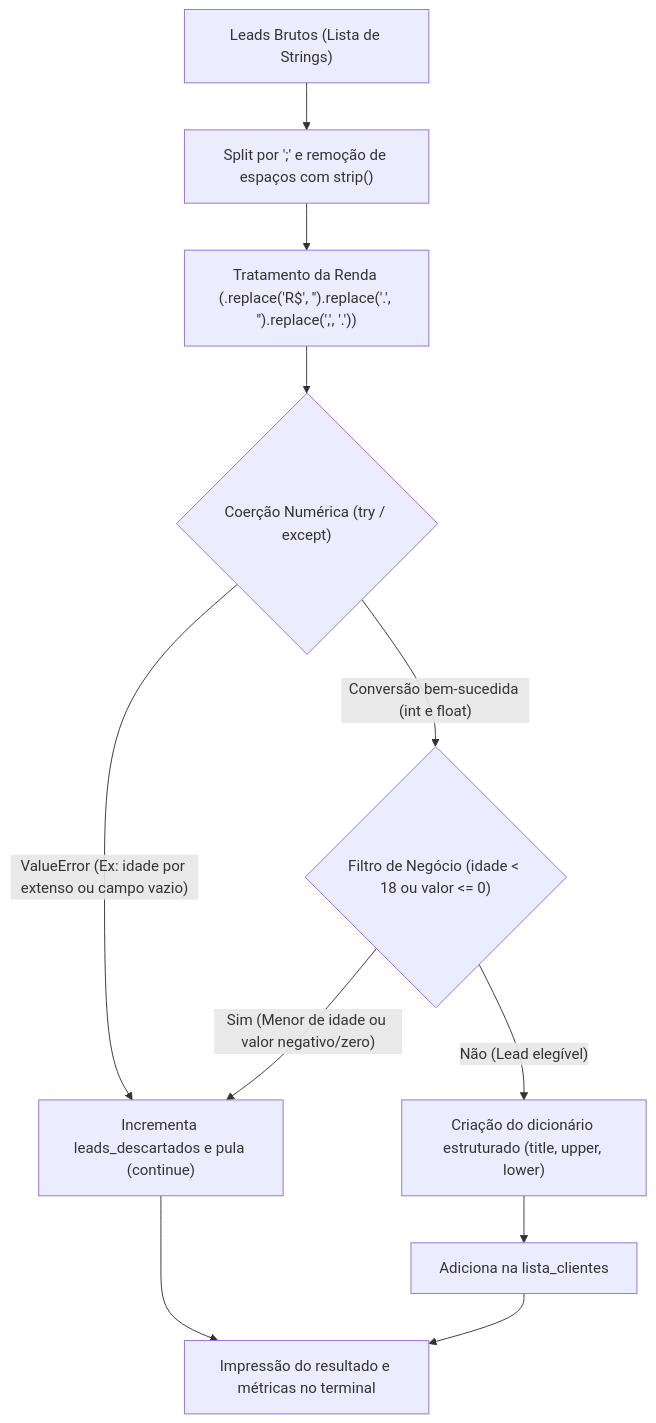
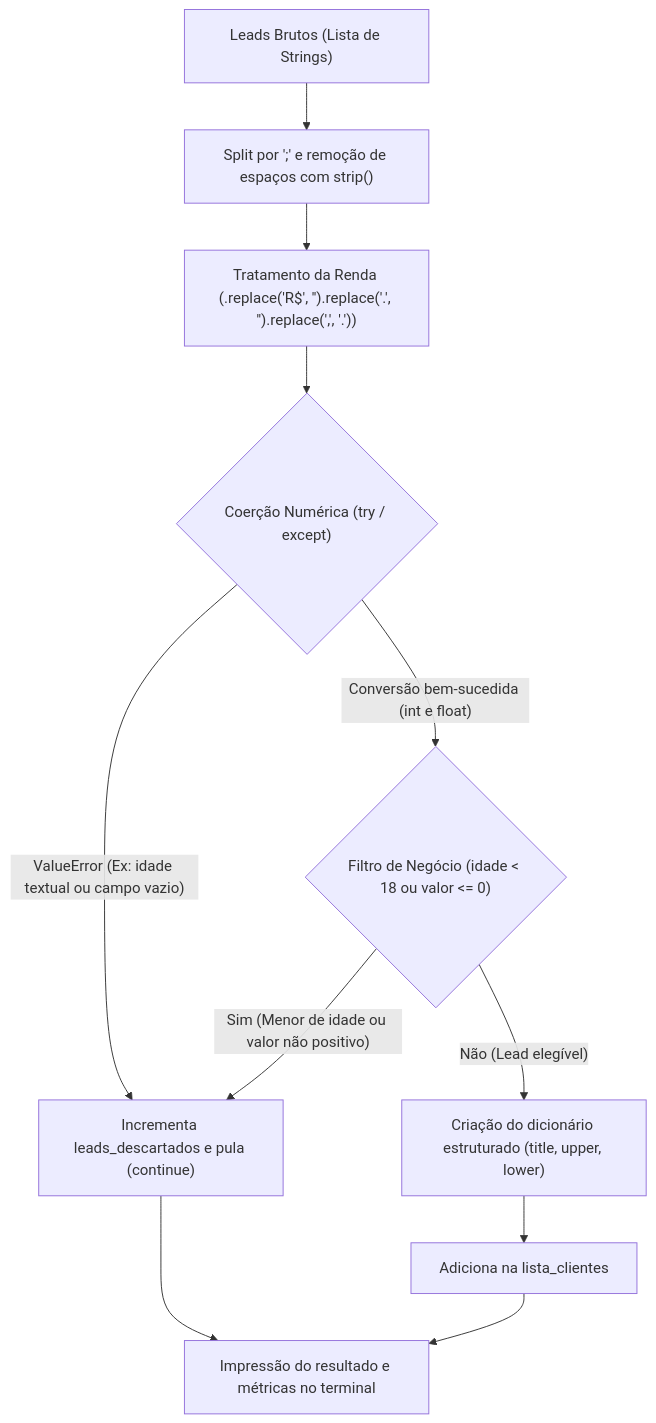
Before and after one commit to ryanaurelio2005/python-pure-data-challenges: the first of 4 diagrams in README.md, drawn with Mermaid. The commit also changed other lines of this file and 1 other file, not shown here.

````diff
--- a/README.md
+++ b/README.md
@@ -27,13 +28,13 @@
 ```mermaid
 flowchart TD
     A["Leads Brutos (Lista de Strings)"] --> B["Split por ';' e remoção de espaços com strip()"]
     B --> C["Tratamento da Renda (.replace('R$', '').replace('.', '').replace(',', '.'))"]
     C --> D{"Coerção Numérica (try / except)"}
-    D -- "ValueError (Ex: idade por extenso ou campo vazio)" --> E["Incrementa leads_descartados e pula (continue)"]
+    D -- "ValueError (Ex: idade textual ou campo vazio)" --> E["Incrementa leads_descartados e pula (continue)"]
     D -- "Conversão bem-sucedida (int e float)" --> F{"Filtro de Negócio (idade < 18 ou valor <= 0)"}
-    F -- "Sim (Menor de idade ou valor negativo/zero)" --> E
+    F -- "Sim (Menor de idade ou valor não positivo)" --> E
     F -- "Não (Lead elegível)" --> G["Criação do dicionário estruturado (title, upper, lower)"]
     G --> H["Adiciona na lista_clientes"]
     E --> I["Impressão do resultado e métricas no terminal"]
     H --> I
 ```
````
